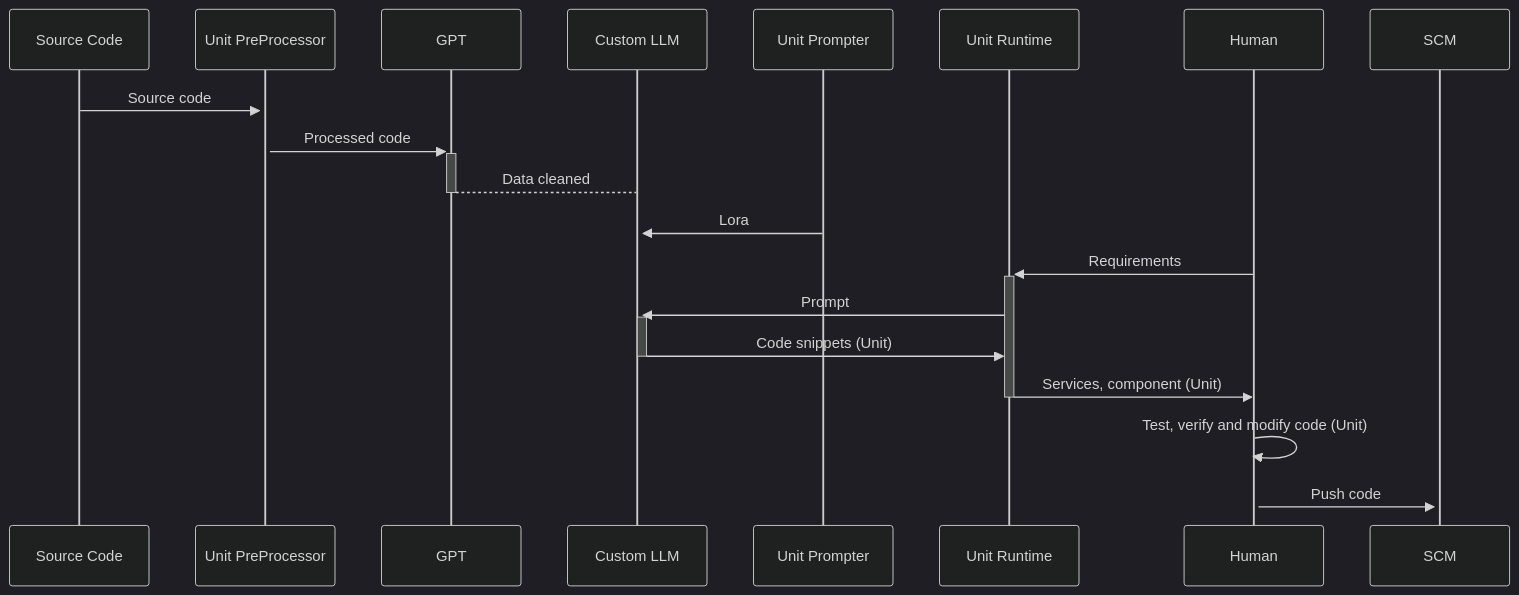
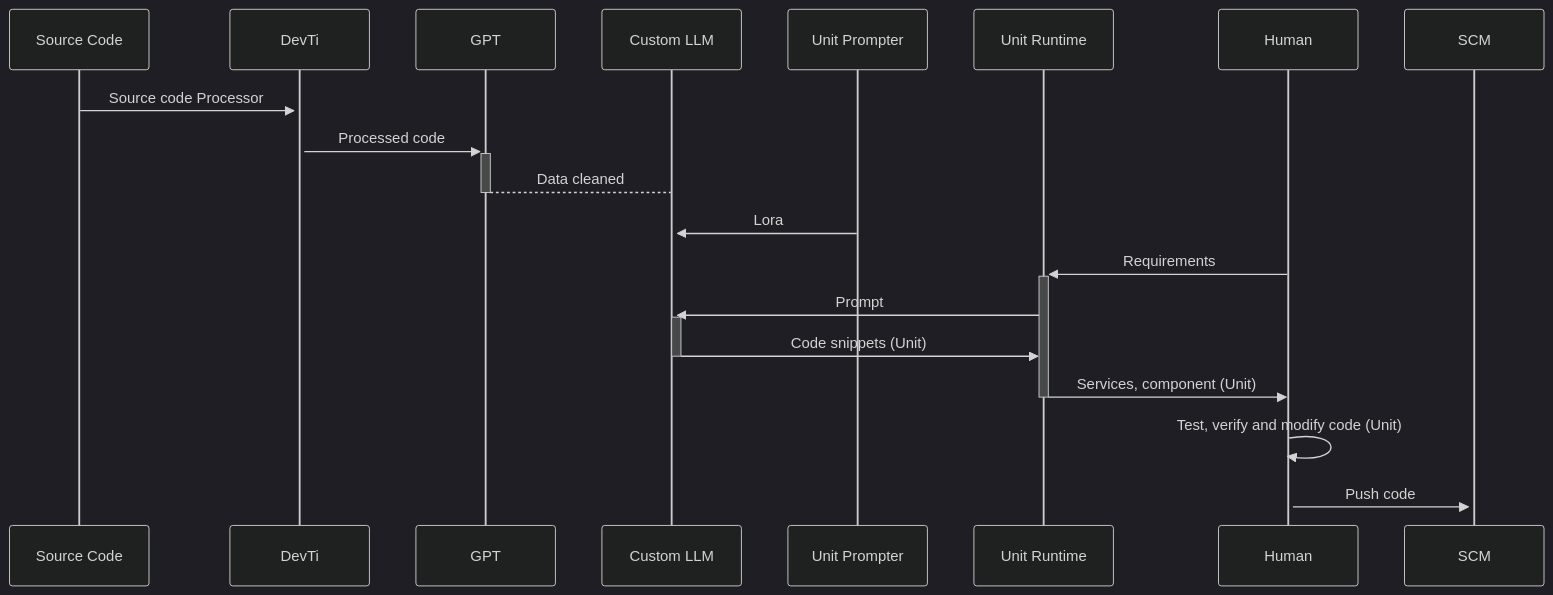
Before and after one commit to unit-mesh/.github: the second of 2 diagrams in profile/README.md, drawn with Mermaid (dark theme). The commit also changed other lines of this file, not shown here.

````diff
--- a/profile/README.md
+++ b/profile/README.md
@@ -36,21 +36,21 @@
 ```mermaid
 sequenceDiagram
     participant Source Code
-    participant Unit PreProcessor
+    participant DevTi
     participant GPT
     participant Custom LLM
     participant Unit Prompter
     participant Unit Runtime
     participant Human
 
-    Source Code->>+Unit PreProcessor: Source code
-    Unit PreProcessor->>+GPT: Processed code
+    Source Code->>+DevTi: Source code Processor
+    DevTi->>+GPT: Processed code
     GPT-->-Custom LLM: Data cleaned
     Unit Prompter->>+Custom LLM: Lora
     Human->>+Unit Runtime: Requirements
     Unit Runtime->>+Custom LLM: Prompt
     Custom LLM->>-Unit Runtime: Code snippets (Unit)
     Unit Runtime->>-Human: Services, component  (Unit)
     Human->>+Human: Test, verify and modify code (Unit)
     Human->>+SCM: Push code
 ```
````
